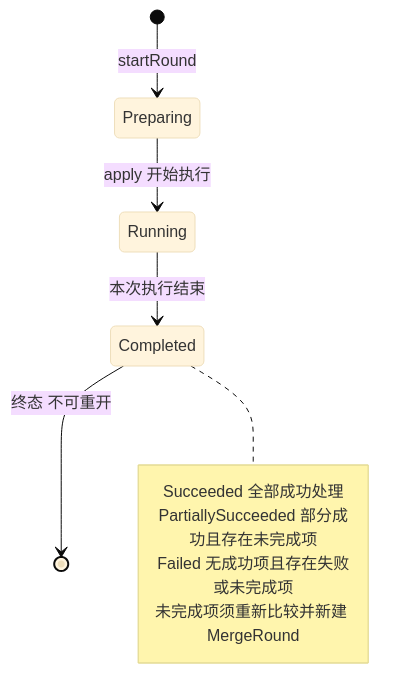
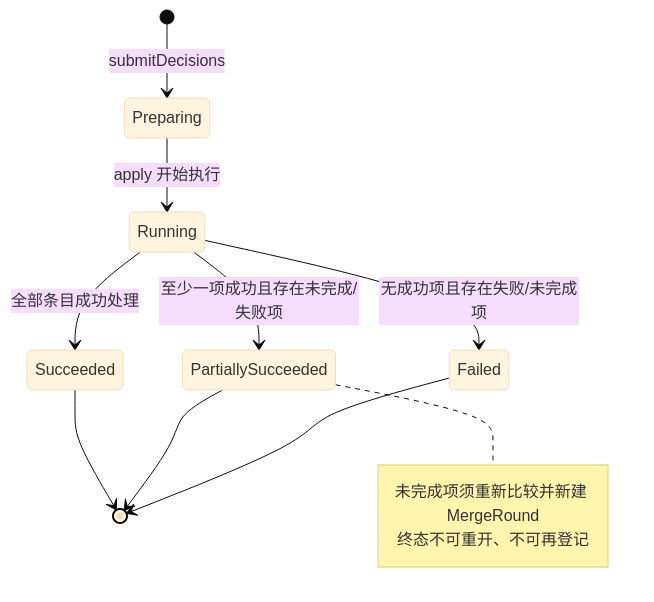
Before and after one commit to Greytrack/ddd-workingset: the third of 3 diagrams in docs/working-set/diagrams/merge-entry-lifecycle.md, drawn with Mermaid (base theme). The commit also changed other lines of this file and 37 other files, not shown here.

````diff
--- a/docs/working-set/diagrams/merge-entry-lifecycle.md
+++ b/docs/working-set/diagrams/merge-entry-lifecycle.md
@@ -99,13 +94,15 @@
 ```mermaid
 stateDiagram-v2
-    [*] --> Preparing: startRound
+    [*] --> Preparing: submitDecisions
     Preparing --> Running: apply 开始执行
-    Running --> Completed: 本次执行结束
-    Completed --> [*]: 终态 不可重开
-    note right of Completed
-      Succeeded 全部成功处理
-      PartiallySucceeded 部分成功且存在未完成项
-      Failed 无成功项且存在失败或未完成项
+    Running --> Succeeded: 全部条目成功处理
+    Running --> PartiallySucceeded: 至少一项成功且存在未完成/失败项
+    Running --> Failed: 无成功项且存在失败/未完成项
+    Succeeded --> [*]
+    PartiallySucceeded --> [*]
+    Failed --> [*]
+    note right of PartiallySucceeded
       未完成项须重新比较并新建 MergeRound
+      终态不可重开、不可再登记
     end note
 ```
````
